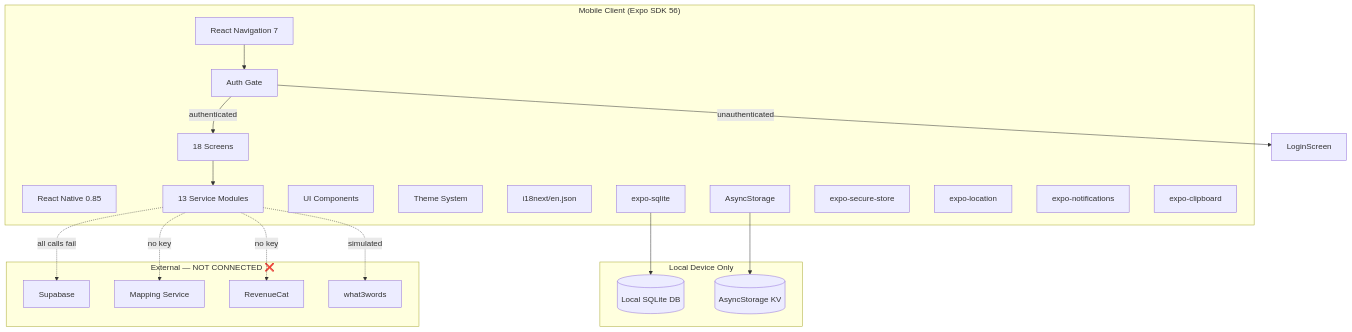
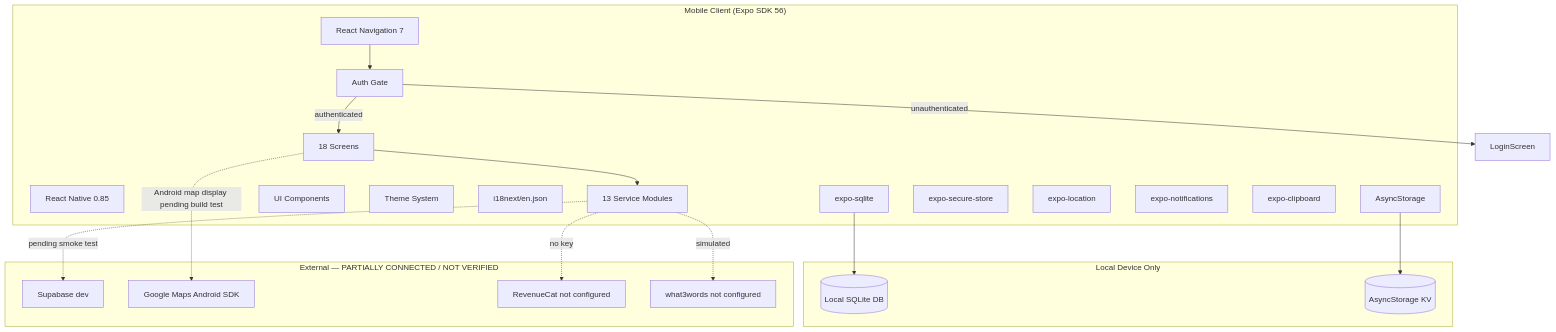
The first of 2 diagrams in docs/ARCHITECTURE.md (hourwise/Relief), drawn with Mermaid before and after one commit. The commit also changed other lines of this file and 16 other files, not shown here.

Commit message:
changed from mapbox to google maps, connected database and pushed db, updated all docs

````diff
--- a/docs/ARCHITECTURE.md
+++ b/docs/ARCHITECTURE.md
@@ -11,40 +11,40 @@
 ```mermaid
 graph TD
     subgraph "Mobile Client (Expo SDK 56)"
         RN[React Native 0.85]
         NAV[React Navigation 7]
         AUTH_GATE[Auth Gate]
         SCRNS[18 Screens]
         SVCS[13 Service Modules]
         CMP[UI Components]
         THM[Theme System]
         I18N[i18next/en.json]
         SQLITE[expo-sqlite]
         ASYNC[AsyncStorage]
         SEC[expo-secure-store]
         LOC[expo-location]
         NOTIF[expo-notifications]
         CLIP[expo-clipboard]
     end
 
     subgraph "Local Device Only"
         SQLITE --> LDB[(Local SQLite DB)]
         ASYNC --> LKV[(AsyncStorage KV)]
     end
 
-    subgraph "External — NOT CONNECTED ❌"
-        SUPABASE[Supabase]
-        MAPS[Mapping Service]
-        RCAT[RevenueCat]
-        W3W[what3words]
+    subgraph "External — PARTIALLY CONNECTED / NOT VERIFIED"
+        SUPABASE[Supabase dev]
+        MAPS[Google Maps Android SDK]
+        RCAT[RevenueCat not configured]
+        W3W[what3words not configured]
     end
 
     NAV --> AUTH_GATE
     AUTH_GATE -->|authenticated| SCRNS
     AUTH_GATE -->|unauthenticated| LOGIN[LoginScreen]
     SCRNS --> SVCS
-    SVCS -.->|all calls fail| SUPABASE
-    SVCS -.->|no key| MAPS
+    SVCS -.->|pending smoke test| SUPABASE
+    SCRNS -.->|Android map display pending build test| MAPS
     SVCS -.->|no key| RCAT
     SVCS -.->|simulated| W3W
 ```
````
